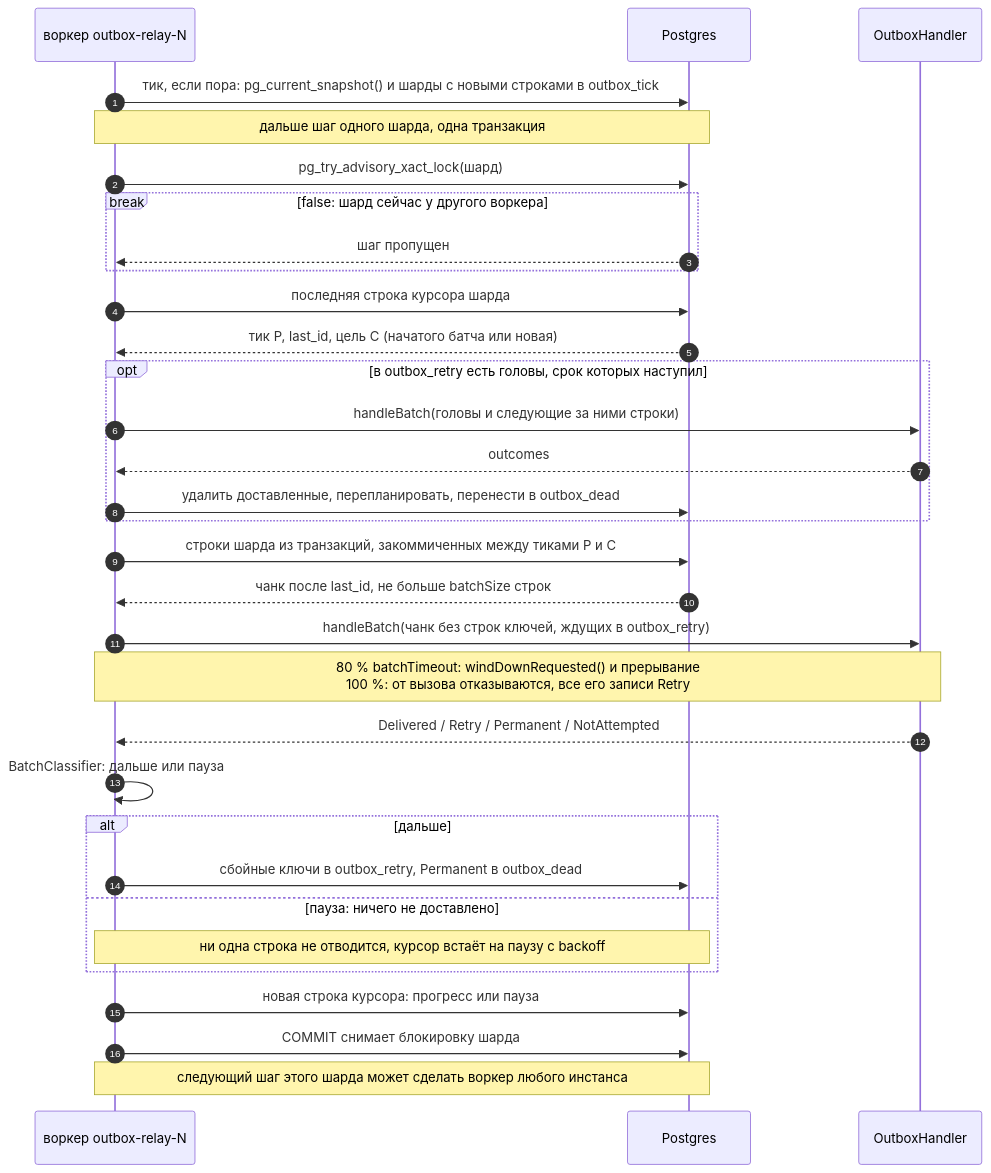
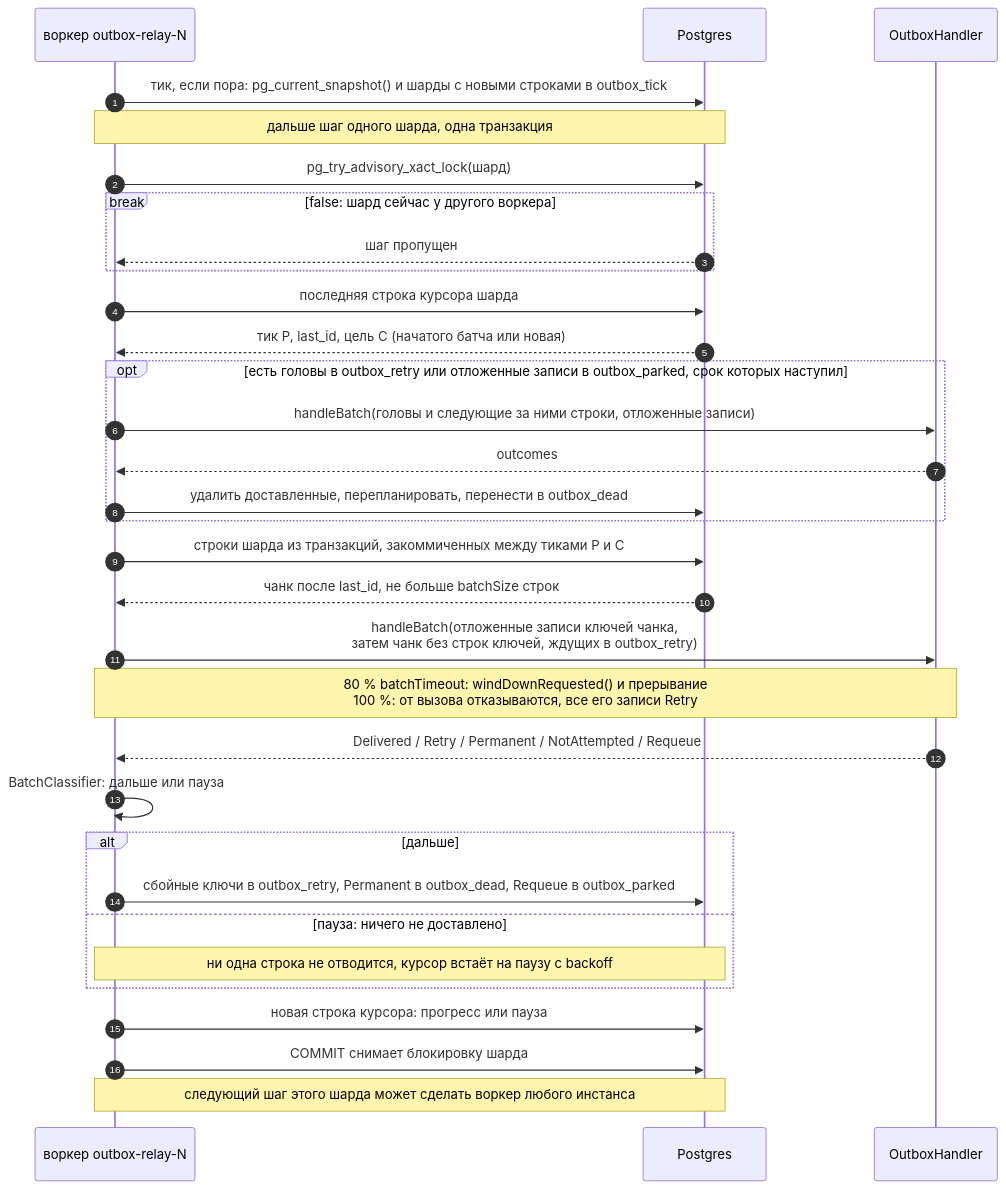
Before and after one commit to dsudomoin/kora-transactional-outbox: the third of 5 diagrams in README.md, drawn with Mermaid. The commit also changed other lines of this file and 6 other files, not shown here.

````diff
--- a/README.md
+++ b/README.md
@@ -676,34 +760,34 @@
 ```mermaid
 sequenceDiagram
     autonumber
     participant W as воркер outbox-relay-N
     participant DB as Postgres
     participant H as OutboxHandler
     W->>DB: тик, если пора: pg_current_snapshot() и шарды с новыми строками в outbox_tick
     Note over W,DB: дальше шаг одного шарда, одна транзакция
     W->>DB: pg_try_advisory_xact_lock(шард)
     break false: шард сейчас у другого воркера
         DB-->>W: шаг пропущен
     end
     W->>DB: последняя строка курсора шарда
     DB-->>W: тик P, last_id, цель C (начатого батча или новая)
-    opt в outbox_retry есть головы, срок которых наступил
-        W->>H: handleBatch(головы и следующие за ними строки)
+    opt есть головы в outbox_retry или отложенные записи в outbox_parked, срок которых наступил
+        W->>H: handleBatch(головы и следующие за ними строки, отложенные записи)
         H-->>W: outcomes
         W->>DB: удалить доставленные, перепланировать, перенести в outbox_dead
     end
     W->>DB: строки шарда из транзакций, закоммиченных между тиками P и C
     DB-->>W: чанк после last_id, не больше batchSize строк
-    W->>H: handleBatch(чанк без строк ключей, ждущих в outbox_retry)
+    W->>H: handleBatch(отложенные записи ключей чанка,<br/>затем чанк без строк ключей, ждущих в outbox_retry)
     Note over W,H: 80 % batchTimeout: windDownRequested() и прерывание<br/>100 %: от вызова отказываются, все его записи Retry
-    H-->>W: Delivered / Retry / Permanent / NotAttempted
+    H-->>W: Delivered / Retry / Permanent / NotAttempted / Requeue
     W->>W: BatchClassifier: дальше или пауза
     alt дальше
-        W->>DB: сбойные ключи в outbox_retry, Permanent в outbox_dead
+        W->>DB: сбойные ключи в outbox_retry, Permanent в outbox_dead, Requeue в outbox_parked
     else пауза: ничего не доставлено
         Note over W,DB: ни одна строка не отводится, курсор встаёт на паузу с backoff
     end
     W->>DB: новая строка курсора: прогресс или пауза
     W->>DB: COMMIT снимает блокировку шарда
     Note over W,DB: следующий шаг этого шарда может сделать воркер любого инстанса
 ```
````
